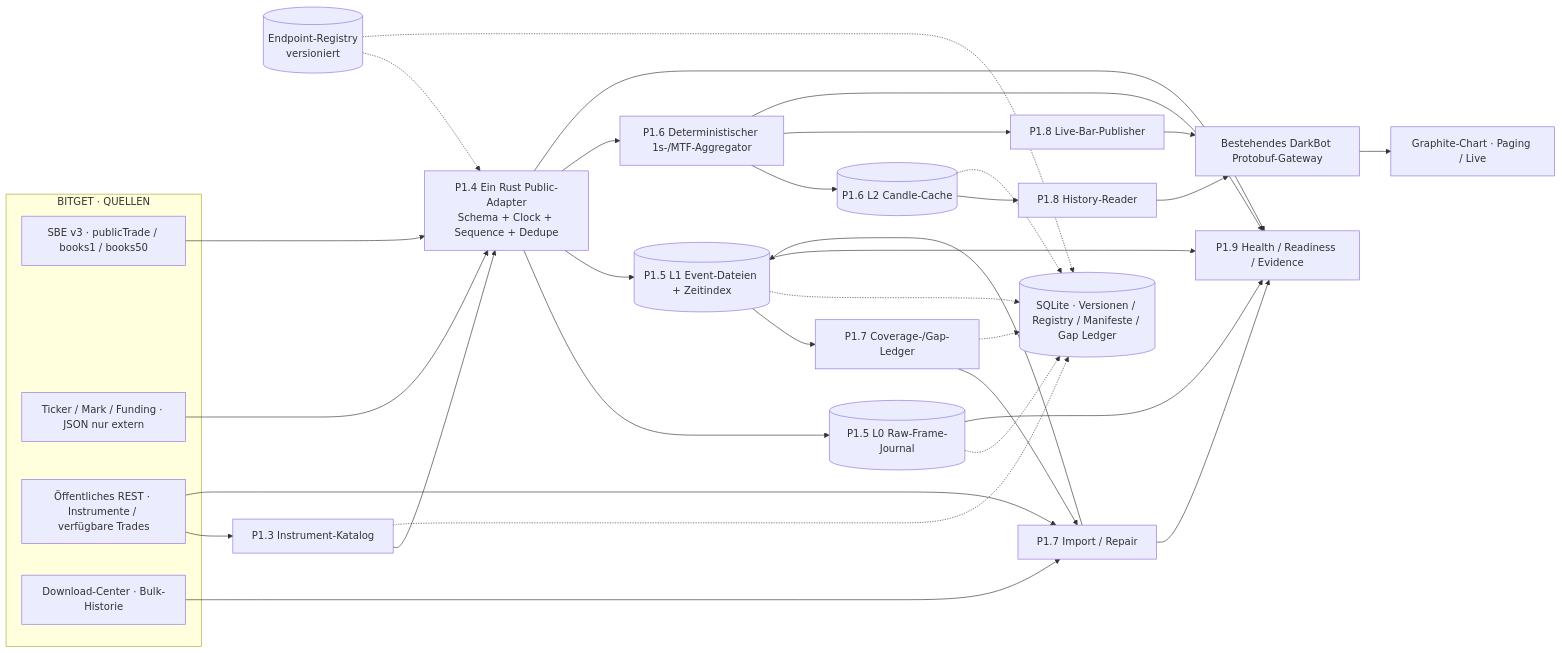
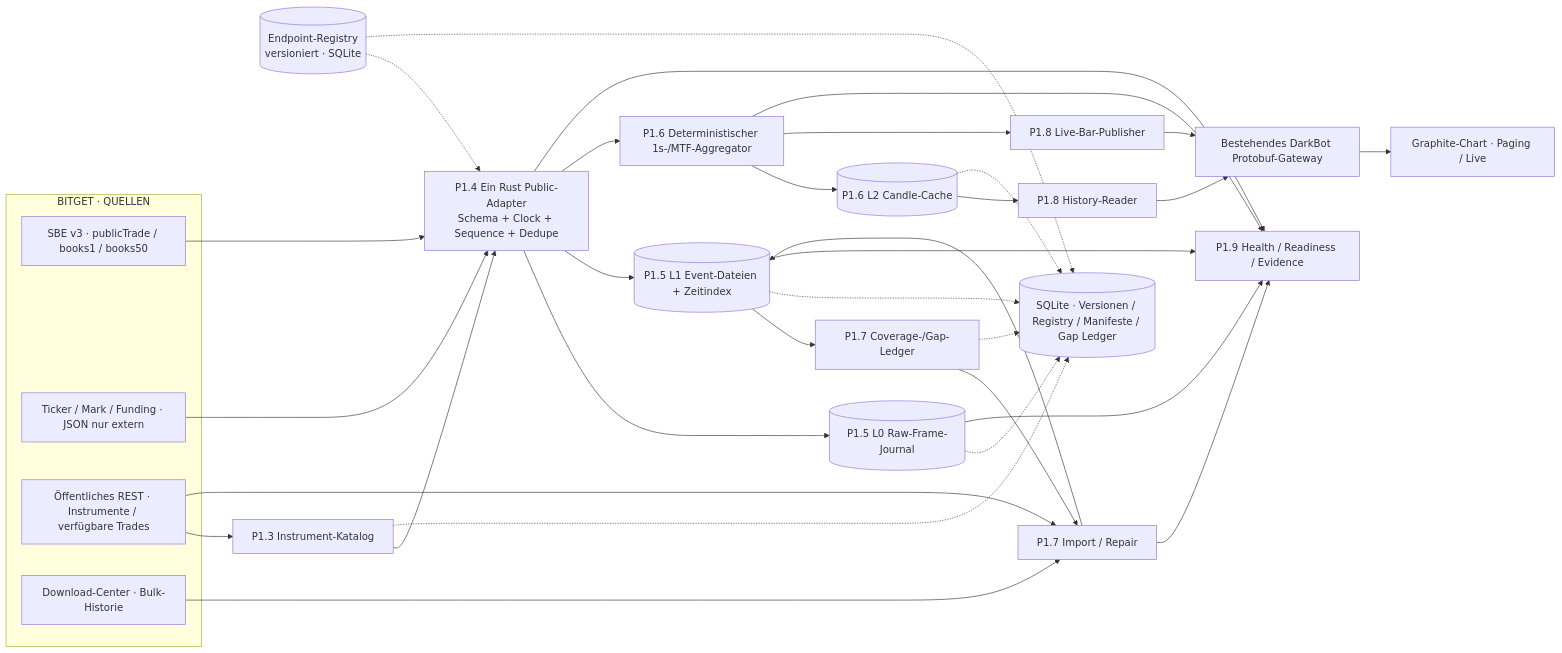
The first of 2 diagrams in darknode/docs/PHASENPLAN_P1_V1.md (sawyerma/darkbot), drawn with Mermaid before and after one commit. The commit also changed other lines of this file, not shown here.

````diff
--- a/darknode/docs/PHASENPLAN_P1_V1.md
+++ b/darknode/docs/PHASENPLAN_P1_V1.md
@@ -32,39 +32,39 @@
 ```mermaid
 flowchart LR
   subgraph BITGET["BITGET · QUELLEN"]
     SBE["SBE v3 · publicTrade / books1 / books50"]
     JSON["Ticker / Mark / Funding · JSON nur extern"]
     REST["Öffentliches REST · Instrumente / verfügbare Trades"]
     ARCH["Download-Center · Bulk-Historie"]
   end
-  REG[("Endpoint-Registry\nversioniert")]
+  REG[("Endpoint-Registry<br/>versioniert · SQLite")]
   INS["P1.3 Instrument-Katalog"]
-  AD["P1.4 Ein Rust Public-Adapter\nSchema + Clock + Sequence + Dedupe"]
+  AD["P1.4 Ein Rust Public-Adapter<br/>Schema + Clock + Sequence + Dedupe"]
   REG -.-> AD
   SBE --> AD
   JSON --> AD
   REST --> INS
   INS --> AD
   AD --> L0[("P1.5 L0 Raw-Frame-Journal")]
   AD --> L1[("P1.5 L1 Event-Dateien + Zeitindex")]
   AD --> AGG["P1.6 Deterministischer 1s-/MTF-Aggregator"]
   AGG --> L2[("P1.6 L2 Candle-Cache")]
   REST --> IMPORT["P1.7 Import / Repair"]
   ARCH --> IMPORT
   IMPORT --> L1
   L1 --> GAP["P1.7 Coverage-/Gap-Ledger"]
   GAP --> IMPORT
   L2 --> HIS["P1.8 History-Reader"]
   AGG --> PUSH["P1.8 Live-Bar-Publisher"]
   HIS --> GW["Bestehendes DarkBot Protobuf-Gateway"]
   PUSH --> GW
   GW --> GUI["Graphite-Chart · Paging / Live"]
   SQL[("SQLite · Versionen / Registry / Manifeste / Gap Ledger")]
   REG -.-> SQL
   INS -.-> SQL
   GAP -.-> SQL
   L0 -.-> SQL
   L1 -.-> SQL
   L2 -.-> SQL
   AD & L0 & L1 & AGG & IMPORT --> OPS["P1.9 Health / Readiness / Evidence"]
 ```
````
